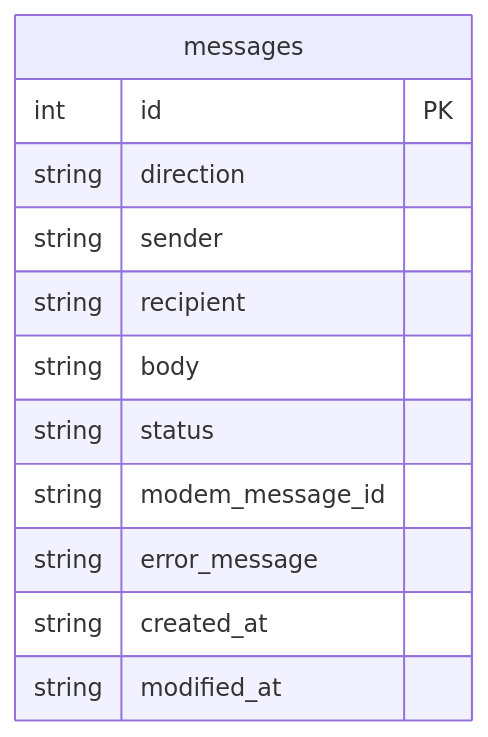
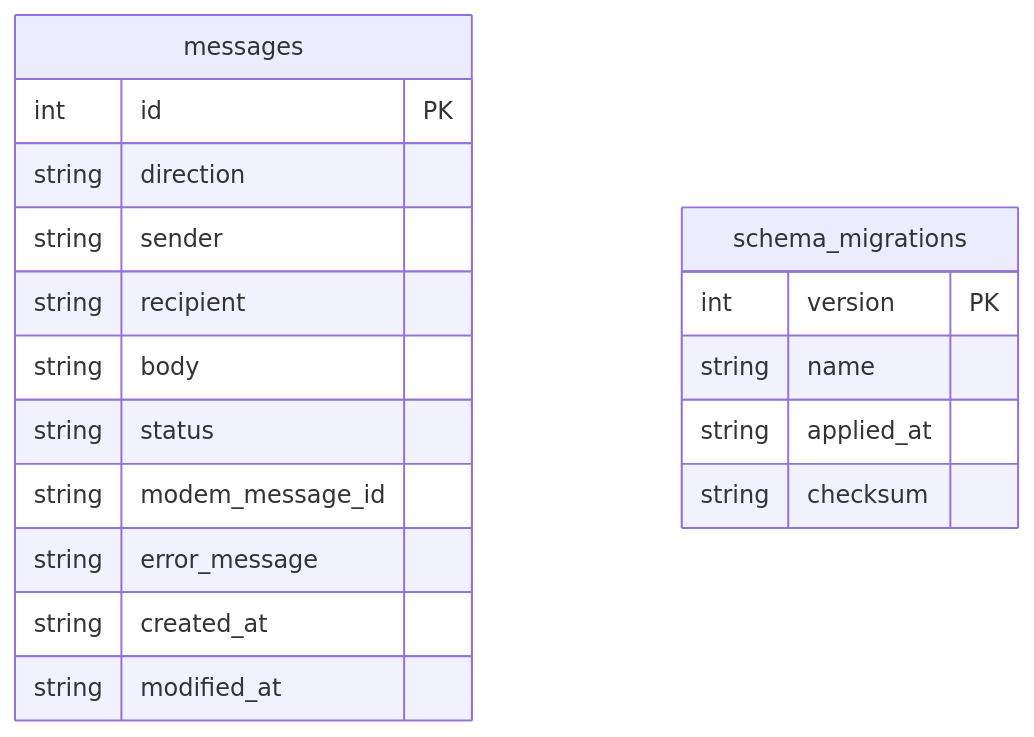
One commit to jonasfh/snippen-sms-service changed the fourth of 4 diagrams in docs/architecture.md. Above: the diagram before and after it, drawn with Mermaid. The commit also changed other lines of this file and 14 other files, not shown here.

````diff
--- a/docs/architecture.md
+++ b/docs/architecture.md
@@ -114,15 +114,21 @@
 ```mermaid
 erDiagram
     messages {
         int id PK
         string direction
         string sender
         string recipient
         string body
         string status
         string modem_message_id
         string error_message
         string created_at
         string modified_at
     }
+    schema_migrations {
+        int version PK
+        string name
+        string applied_at
+        string checksum
+    }
 ```
````
